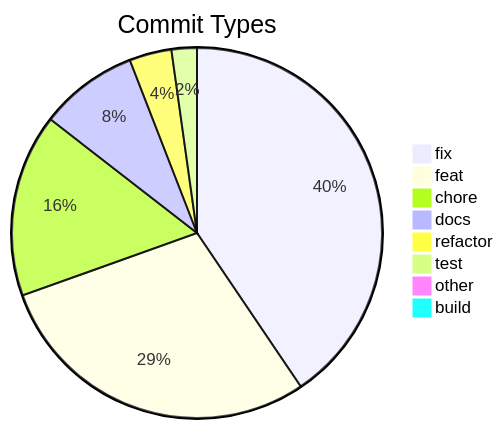
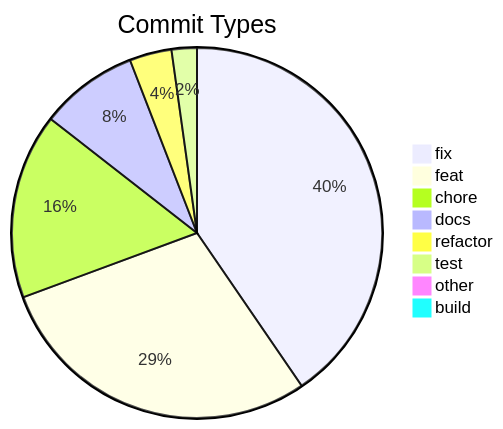
The diagram in .shipwright/compliance/change-history.md (svenroth-ai/shipwright-webui), drawn with Mermaid before and after one commit. The commit also changed other lines of this file and 11 other files, not shown here.

````diff
--- a/.shipwright/compliance/change-history.md
+++ b/.shipwright/compliance/change-history.md
@@ -8,11 +8,11 @@
 ```mermaid
 pie title Commit Types
     "fix" : 165
     "feat" : 118
-    "chore" : 65
+    "chore" : 66
     "docs" : 35
     "refactor" : 15
     "test" : 9
     "other" : 4
     "build" : 1
 ```
````
